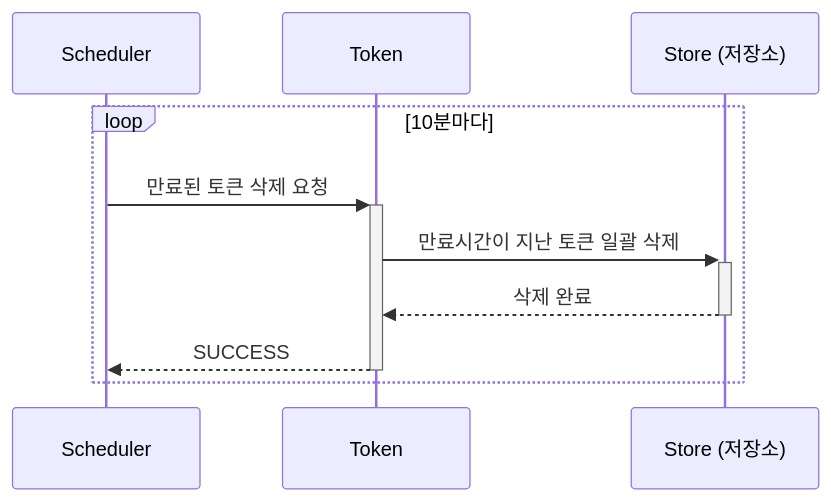
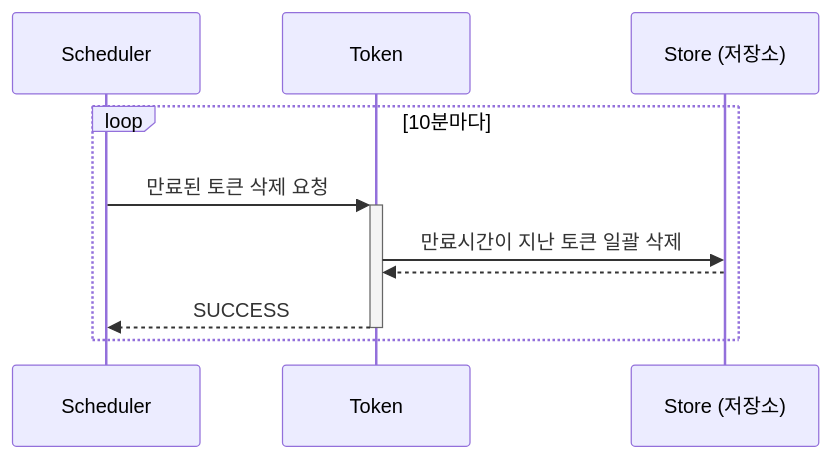
Before and after one commit to giwonn/hhplus-concert: the fourth of 11 diagrams in docs/sequence_diagram.md, drawn with Mermaid. The commit also changed other lines of this file and 3 other files, not shown here.

Commit message:
feat: 스키마 및 시퀀스 다이어그램 변경

````diff
--- a/docs/sequence_diagram.md
+++ b/docs/sequence_diagram.md
@@ -62,13 +77,13 @@
 ```mermaid
 sequenceDiagram
     participant Scheduler as Scheduler
     participant Token as Token
     participant Store as Store (저장소)
 
     loop 10분마다
         Scheduler ->>+ Token: 만료된 토큰 삭제 요청
-        Token ->>+ Store: 만료시간이 지난 토큰 일괄 삭제
-        Store -->>- Token: 삭제 완료
+        Token ->> Store: 만료시간이 지난 토큰 일괄 삭제
+        Store -->> Token: 
         Token -->>- Scheduler: SUCCESS
     end
 ```
````
